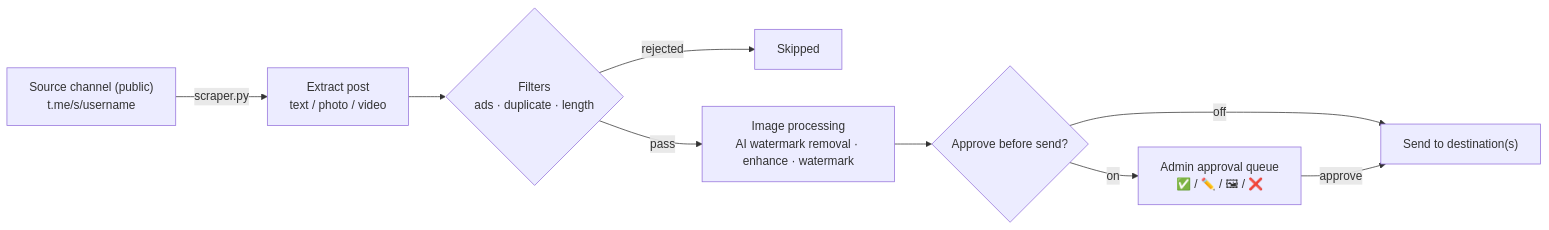
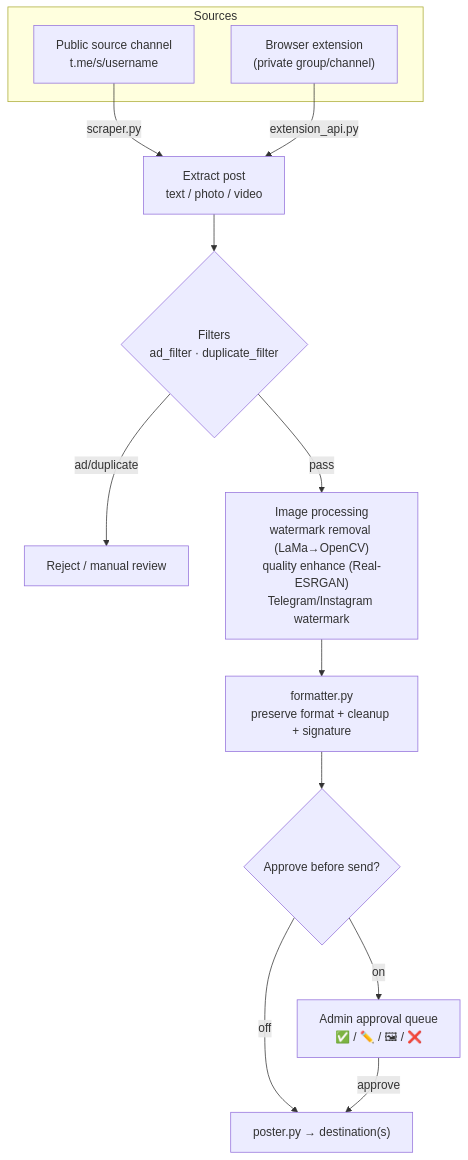
The diagram in README.en.md (LiQTeam/telegram-repost), drawn with Mermaid before and after one commit. The commit also changed other lines of this file and 7 other files, not shown here.

````diff
--- a/README.en.md
+++ b/README.en.md
@@ -124,11 +129,17 @@
 ```mermaid
-flowchart LR
-    A["Source channel (public)<br/>t.me/s/username"] -->|scraper.py| B["Extract post<br/>text / photo / video"]
-    B --> C{"Filters<br/>ads · duplicate · length"}
-    C -->|rejected| X["Skipped"]
-    C -->|pass| D["Image processing<br/>AI watermark removal · enhance · watermark"]
-    D --> E{"Approve before send?"}
-    E -->|on| F["Admin approval queue<br/>✅ / ✏️ / 🖼 / ❌"]
-    E -->|off| G["Send to destination(s)"]
-    F -->|approve| G
+flowchart TD
+    subgraph SRC["Sources"]
+        A["Public source channel<br/>t.me/s/username"]
+        EXT["Browser extension<br/>(private group/channel)"]
+    end
+    A -->|scraper.py| P["Extract post<br/>text / photo / video"]
+    EXT -->|extension_api.py| P
+    P --> F{"Filters<br/>ad_filter · duplicate_filter"}
+    F -->|ad/duplicate| X["Reject / manual review"]
+    F -->|pass| IMG["Image processing<br/>watermark removal (LaMa→OpenCV)<br/>quality enhance (Real-ESRGAN)<br/>Telegram/Instagram watermark"]
+    IMG --> FMT["formatter.py<br/>preserve format + cleanup + signature"]
+    FMT --> Q{"Approve before send?"}
+    Q -->|on| REV["Admin approval queue<br/>✅ / ✏️ / 🖼 / ❌"]
+    Q -->|off| OUT["poster.py → destination(s)"]
+    REV -->|approve| OUT
 ```
````
